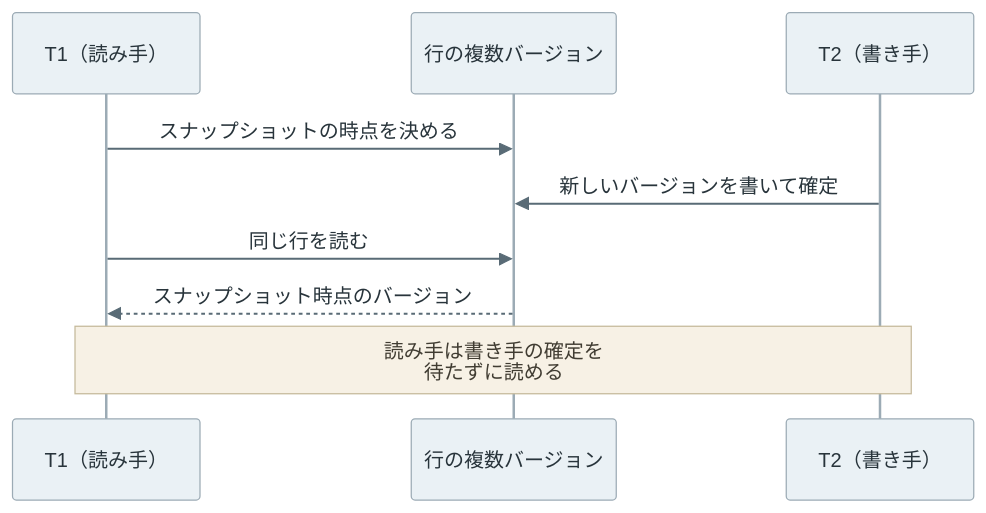
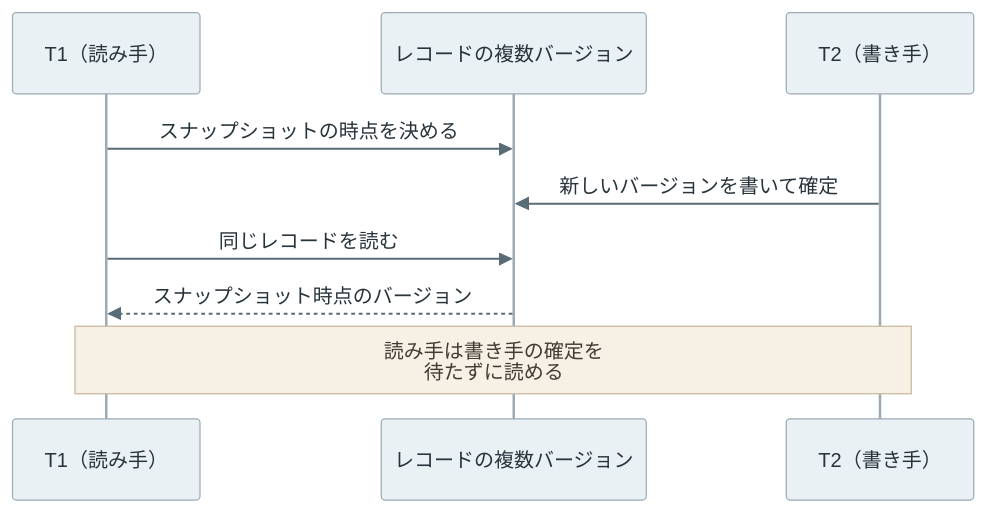
The fifth of 8 diagrams in content/notes/database-systems/transaction-isolation/index.md (nao1215/debimate), drawn with Mermaid before and after one commit. The commit also changed other lines of this file and 125 other files, not shown here.

````diff
--- a/content/notes/database-systems/transaction-isolation/index.md
+++ b/content/notes/database-systems/transaction-isolation/index.md
@@ -171,12 +177,12 @@
 ```mermaid
 %%{init: {"theme":"base","themeVariables":{"primaryColor":"#eaf1f5","primaryTextColor":"#28343b","primaryBorderColor":"#9cabb5","lineColor":"#596b76","textColor":"#28343b","actorBkg":"#eaf1f5","actorBorder":"#9cabb5","actorTextColor":"#28343b","actorLineColor":"#9cabb5","signalColor":"#596b76","signalTextColor":"#28343b","noteBkgColor":"#f7f1e5","noteBorderColor":"#c5b99b","noteTextColor":"#403c32","activationBkgColor":"#edf3ef","activationBorderColor":"#9aafa1"}}}%%
 sequenceDiagram
     participant T1 as T1（読み手）
-    participant D as 行の複数バージョン
+    participant D as レコードの複数バージョン
     participant T2 as T2（書き手）
     T1->>D: スナップショットの時点を決める
     T2->>D: 新しいバージョンを書いて確定
-    T1->>D: 同じ行を読む
+    T1->>D: 同じレコードを読む
     D-->>T1: スナップショット時点のバージョン
     Note over T1,T2: 読み手は書き手の確定を<br/>待たずに読める
 ```
````
